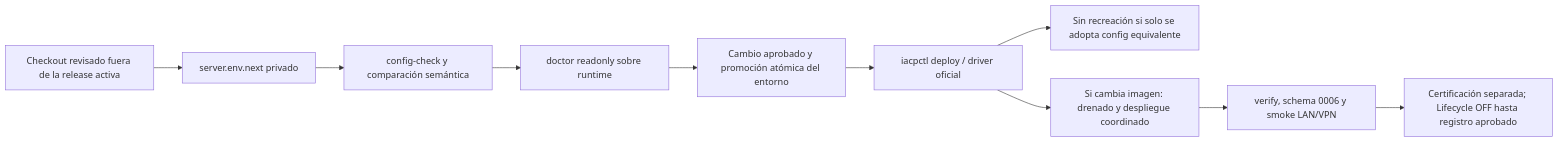
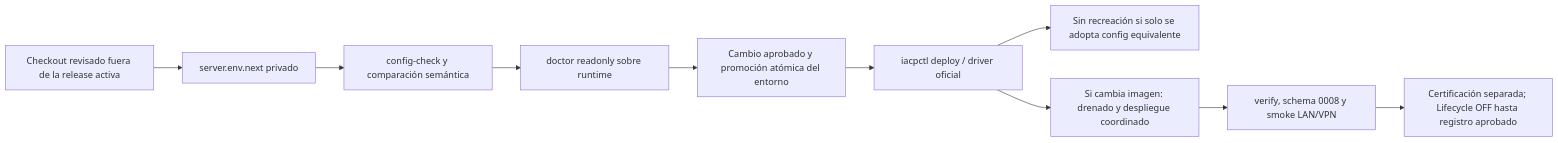
The diagram in docs/OPERATIONS.md (vidking/iacp-controlplane), drawn with Mermaid before and after one commit. The commit also changed other lines of this file and 42 other files, not shown here.

````diff
--- a/docs/OPERATIONS.md
+++ b/docs/OPERATIONS.md
@@ -13,12 +13,12 @@
 ```mermaid
 flowchart LR
   A[Checkout revisado fuera de la release activa] --> B[server.env.next privado]
   B --> C[config-check y comparación semántica]
   C --> D[doctor readonly sobre runtime]
   D --> E[Cambio aprobado y promoción atómica del entorno]
   E --> F[iacpctl deploy / driver oficial]
   F --> G[Sin recreación si solo se adopta config equivalente]
   F --> H[Si cambia imagen: drenado y despliegue coordinado]
-  H --> I[verify, schema 0006 y smoke LAN/VPN]
+  H --> I[verify, schema 0008 y smoke LAN/VPN]
   I --> J[Certificación separada; Lifecycle OFF hasta registro aprobado]
 ```
````
